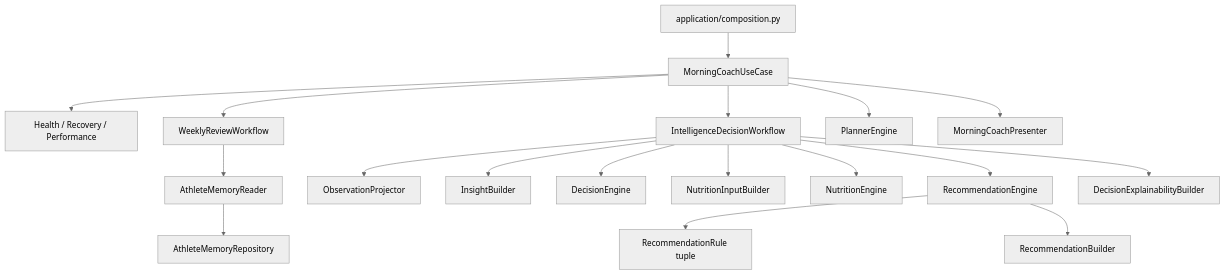
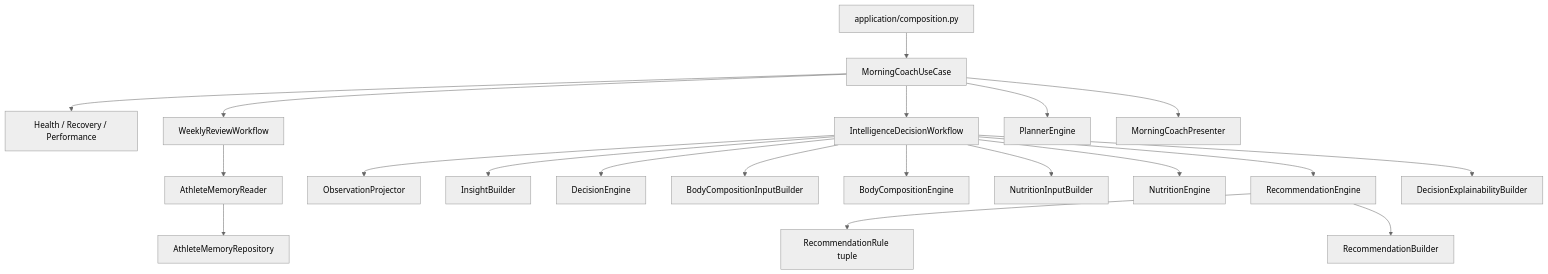
One commit to tdg4dftypb-coder/athlete-platform changed the third of 12 diagrams in docs/engineering/02-architecture.md. Above: the diagram before and after it, drawn with Mermaid (neutral theme). The commit also changed other lines of this file and 12 other files, not shown here.

Commit message:
Integrate body composition with intelligence workflow

````diff
--- a/docs/engineering/02-architecture.md
+++ b/docs/engineering/02-architecture.md
@@ -269,25 +270,27 @@
 ```mermaid
 flowchart TD
     CR["application/composition.py"]
 
     CR --> MC["MorningCoachUseCase"]
     MC --> HW["Health / Recovery / Performance"]
     MC --> WR["WeeklyReviewWorkflow"]
     MC --> IW["IntelligenceDecisionWorkflow"]
     MC --> PE["PlannerEngine"]
     MC --> MP["MorningCoachPresenter"]
 
     WR --> MR["AthleteMemoryReader"]
     MR --> MRepo["AthleteMemoryRepository"]
 
     IW --> OP["ObservationProjector"]
     IW --> IB["InsightBuilder"]
     IW --> DE["DecisionEngine"]
+    IW --> BCIB["BodyCompositionInputBuilder"]
+    IW --> BCE["BodyCompositionEngine"]
     IW --> NIB["NutritionInputBuilder"]
     IW --> NE["NutritionEngine"]
     IW --> RE["RecommendationEngine"]
     IW --> EB["DecisionExplainabilityBuilder"]
 
     RE --> RR["RecommendationRule tuple"]
     RE --> RB["RecommendationBuilder"]
 ```
````
